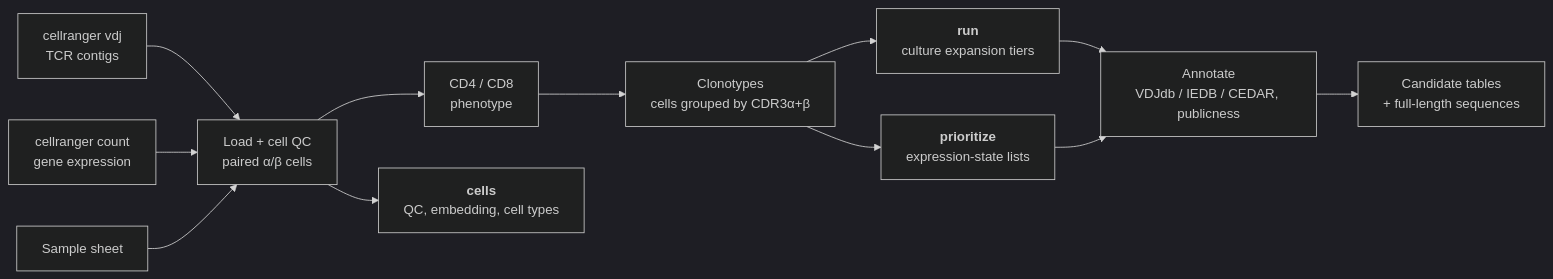
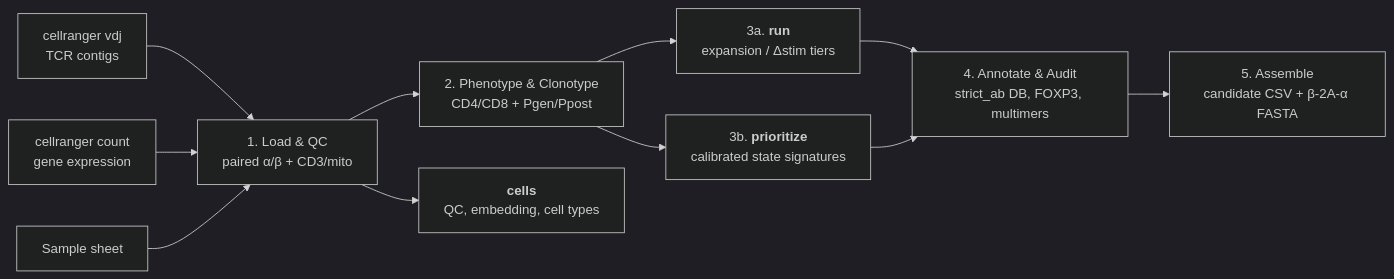
Before and after one commit to pirl-unc/tcrsift: the diagram in docs/how-it-works.md, drawn with Mermaid (dark theme). The commit also changed other lines of this file and 34 other files, not shown here.

First line of the commit message:
3.34.0: Streamlined CLI/prioritize --assemble, 8-failure-mode overview & head-to-head benchmarks (#387)

````diff
--- a/docs/how-it-works.md
+++ b/docs/how-it-works.md
@@ -12,14 +14,13 @@
 ```mermaid
 flowchart LR
     VDJ["cellranger vdj<br/>TCR contigs"] --> LOAD
     GEX["cellranger count<br/>gene expression"] --> LOAD
     SHEET["Sample sheet"] --> LOAD
-    LOAD["Load + cell QC<br/>paired α/β cells"] --> PHENO["CD4 / CD8<br/>phenotype"]
-    PHENO --> CLONE["Clonotypes<br/>cells grouped by CDR3α+β"]
-    CLONE --> RUN["<b>run</b><br/>culture expansion tiers"]
-    CLONE --> PRI["<b>prioritize</b><br/>expression-state lists"]
+    LOAD["1. Load & QC<br/>paired α/β + CD3/mito"] --> PHENO["2. Phenotype & Clonotype<br/>CD4/CD8 + Pgen/Ppost"]
+    PHENO --> RUN["3a. <b>run</b><br/>expansion / Δstim tiers"]
+    PHENO --> PRI["3b. <b>prioritize</b><br/>calibrated state signatures"]
     LOAD --> ATLAS["<b>cells</b><br/>QC, embedding, cell types"]
-    RUN --> ANN["Annotate<br/>VDJdb / IEDB / CEDAR, publicness"]
+    RUN --> ANN["4. Annotate & Audit<br/>strict_ab DB, FOXP3, multimers"]
     PRI --> ANN
-    ANN --> OUT["Candidate tables<br/>+ full-length sequences"]
+    ANN --> OUT["5. Assemble<br/>candidate CSV + β-2A-α FASTA"]
 ```
````
